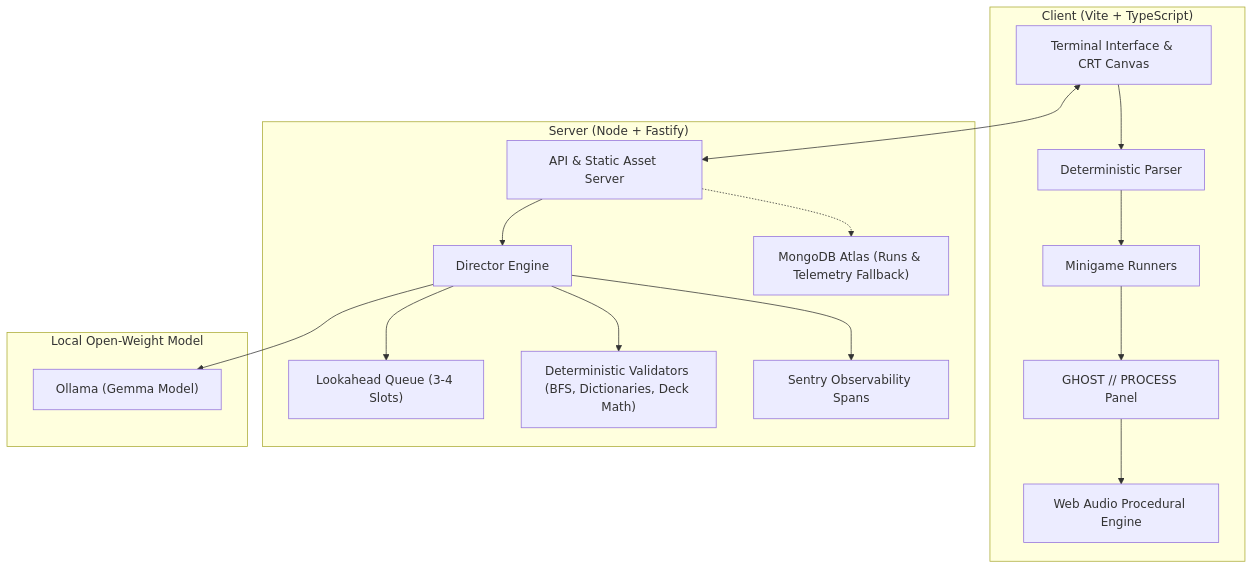
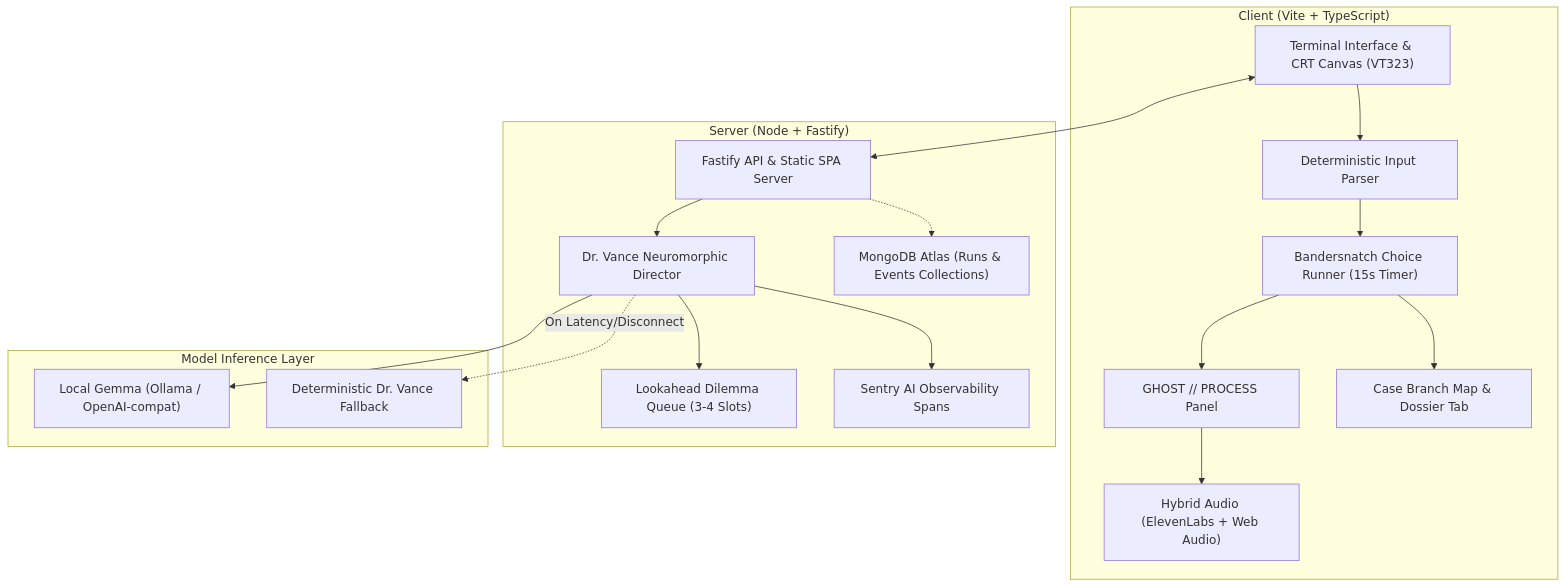
The diagram in README.md (An16og/WAKE), drawn with Mermaid before and after one commit. The commit also changed other lines of this file, not shown here.

Commit message:
docs: update README with pure Bandersnatch narrative system, dual endings, and Case Branch Map

````diff
--- a/README.md
+++ b/README.md
@@ -32,36 +33,38 @@
 ```mermaid
 flowchart TD
     subgraph Browser ["Client (Vite + TypeScript)"]
-        UI["Terminal Interface & CRT Canvas"]
-        Parser["Deterministic Parser"]
+        UI["Terminal Interface & CRT Canvas (VT323)"]
+        Parser["Deterministic Input Parser"]
         SidePanel["GHOST // PROCESS Panel"]
-        Audio["Web Audio Procedural Engine"]
-        Runner["Minigame Runners"]
+        Audio["Hybrid Audio (ElevenLabs + Web Audio)"]
+        Runner["Bandersnatch Choice Runner (15s Timer)"]
+        BranchMap["Case Branch Map & Dossier Tab"]
     end
 
     subgraph Server ["Server (Node + Fastify)"]
-        API["API & Static Asset Server"]
-        Director["Director Engine"]
-        Queue["Lookahead Queue (3-4 Slots)"]
-        Validators["Deterministic Validators (BFS, Dictionaries, Deck Math)"]
-        DB["MongoDB Atlas (Runs & Telemetry Fallback)"]
-        Sentry["Sentry Observability Spans"]
+        API["Fastify API & Static SPA Server"]
+        Director["Dr. Vance Neuromorphic Director"]
+        Queue["Lookahead Dilemma Queue (3-4 Slots)"]
+        DB["MongoDB Atlas (Runs & Events Collections)"]
+        Sentry["Sentry AI Observability Spans"]
     end
 
-    subgraph AI ["Local Open-Weight Model"]
-        Ollama["Ollama (Gemma Model)"]
+    subgraph AI ["Model Inference Layer"]
+        Ollama["Local Gemma (Ollama / OpenAI-compat)"]
+        Fallback["Deterministic Dr. Vance Fallback"]
     end
 
     UI --> Parser
     Parser --> Runner
+    Runner --> BranchMap
     Runner --> SidePanel
     SidePanel --> Audio
 
     UI <--> API
     API --> Director
     Director --> Queue
     Director --> Ollama
-    Director --> Validators
+    Director -. "On Latency/Disconnect" .-> Fallback
     Director --> Sentry
     API -.-> DB
 ```
````
